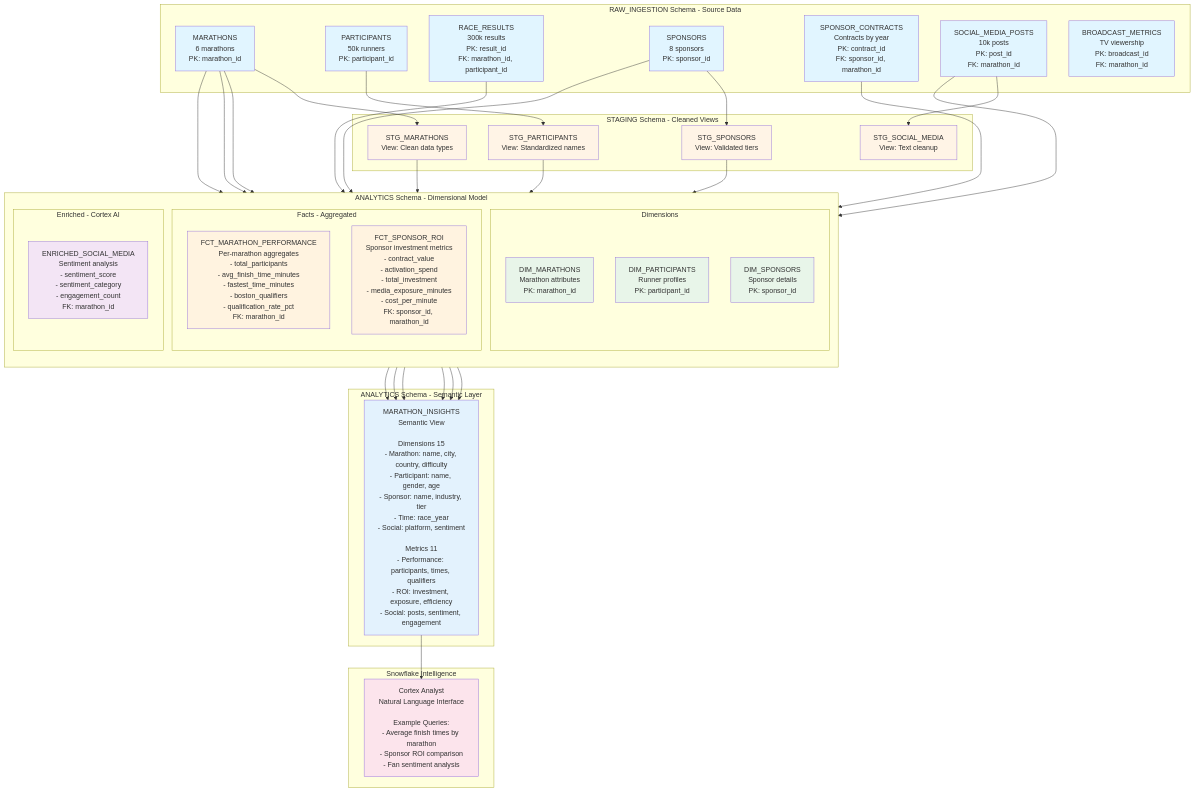
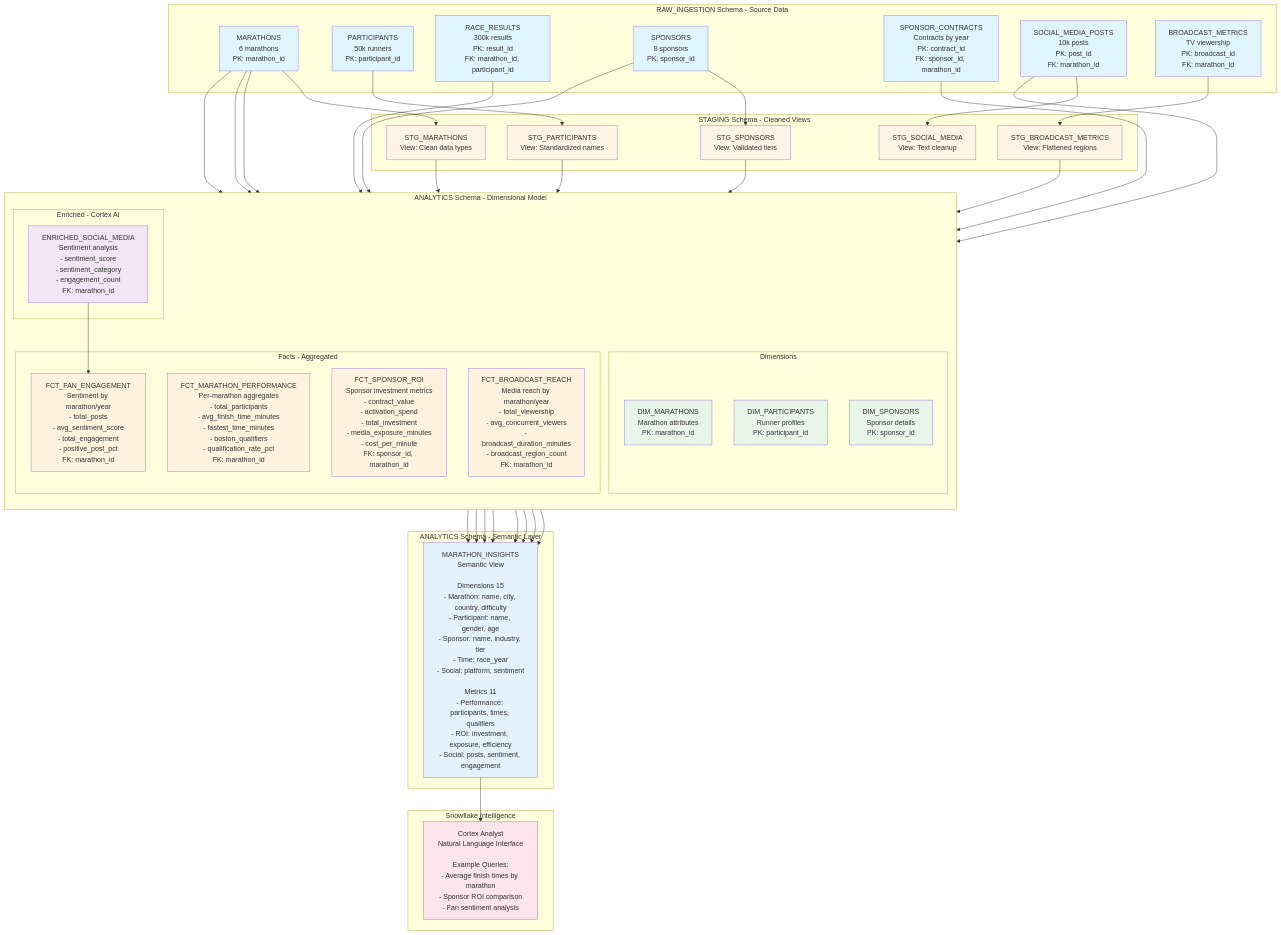
The first of 2 diagrams in diagrams/data-model.md (sfc-gh-miwhitaker/runningman), drawn with Mermaid before and after one commit. The commit also changed other lines of this file and 10 other files, not shown here.

```diff
--- a/diagrams/data-model.md
+++ b/diagrams/data-model.md
@@ -31,6 +31,7 @@
         STG_P[STG_PARTICIPANTS<br/>View: Standardized names]
         STG_S[STG_SPONSORS<br/>View: Validated tiers]
         STG_SM[STG_SOCIAL_MEDIA<br/>View: Text cleanup]
+        STG_BM[STG_BROADCAST_METRICS<br/>View: Flattened regions]
     end
 
     subgraph "ANALYTICS Schema - Dimensional Model"
@@ -46,6 +47,10 @@
             FCT_MP[FCT_MARATHON_PERFORMANCE<br/>Per-marathon aggregates<br/>- total_participants<br/>- avg_finish_time_minutes<br/>- fastest_time_minutes<br/>- boston_qualifiers<br/>- qualification_rate_pct<br/>FK: marathon_id]
             
             FCT_SR[FCT_SPONSOR_ROI<br/>Sponsor investment metrics<br/>- contract_value<br/>- activation_spend<br/>- total_investment<br/>- media_exposure_minutes<br/>- cost_per_minute<br/>FK: sponsor_id, marathon_id]
+
+            FCT_FE[FCT_FAN_ENGAGEMENT<br/>Sentiment by marathon/year<br/>- total_posts<br/>- avg_sentiment_score<br/>- total_engagement<br/>- positive_post_pct<br/>FK: marathon_id]
+
+            FCT_BR[FCT_BROADCAST_REACH<br/>Media reach by marathon/year<br/>- total_viewership<br/>- avg_concurrent_viewers<br/>- broadcast_duration_minutes<br/>- broadcast_region_count<br/>FK: marathon_id]
         end
         
         subgraph "Enriched - Cortex AI"
@@ -66,6 +71,7 @@
     P --> STG_P
     SP --> STG_S
     SM --> STG_SM
+    BM --> STG_BM
 
     %% Staging to Analytics - Dimensions
     STG_M --> DIM_M
@@ -79,6 +85,8 @@
     SP --> FCT_SR
     SC --> FCT_SR
     M --> FCT_SR
+    ENRICH --> FCT_FE
+    STG_BM --> FCT_BR
 
     %% Raw to Enriched
     SM --> ENRICH
@@ -90,6 +98,8 @@
     DIM_S --> SEM
     FCT_MP --> SEM
     FCT_SR --> SEM
+    FCT_FE --> SEM
+    FCT_BR --> SEM
     ENRICH --> SEM
 
     %% Semantic View to Intelligence
@@ -107,6 +117,7 @@
     style STG_P fill:#fff4e6
     style STG_S fill:#fff4e6
     style STG_SM fill:#fff4e6
+    style STG_BM fill:#fff4e6
     
     style DIM_M fill:#e8f5e9
     style DIM_P fill:#e8f5e9
@@ -114,6 +125,8 @@
     
     style FCT_MP fill:#fff3e0
     style FCT_SR fill:#fff3e0
+    style FCT_FE fill:#fff3e0
+    style FCT_BR fill:#fff3e0
     
     style ENRICH fill:#f3e5f5
     
```
